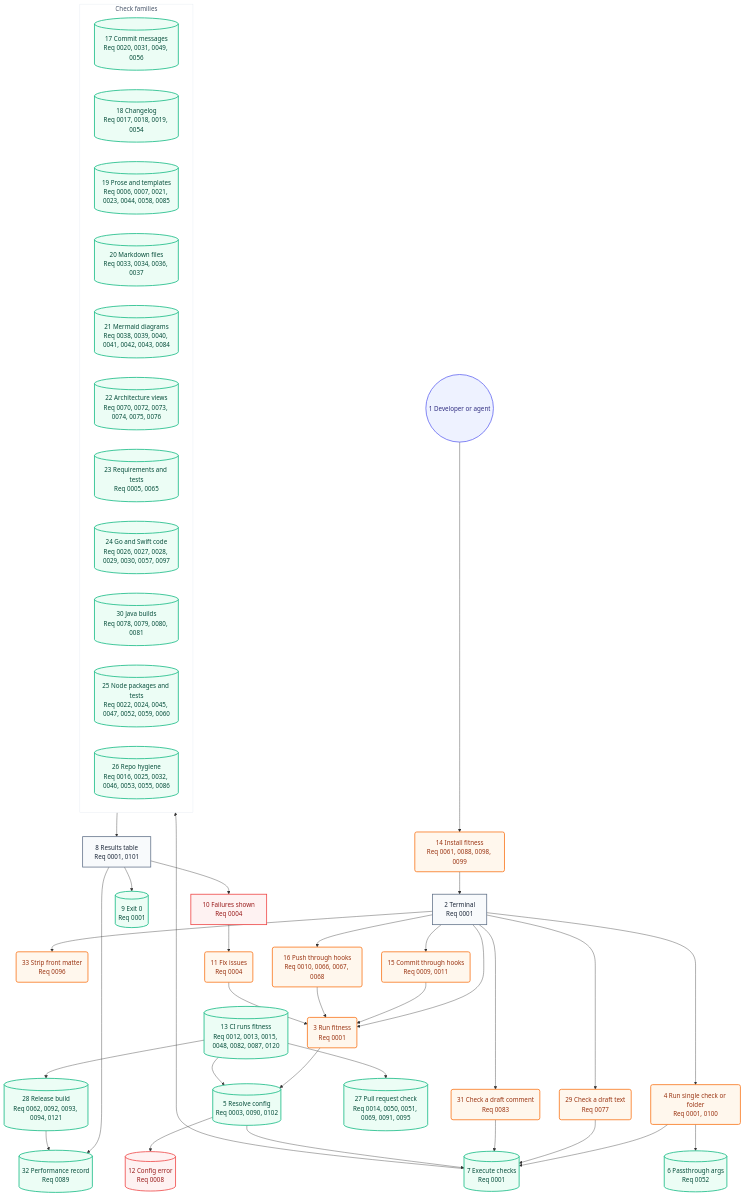
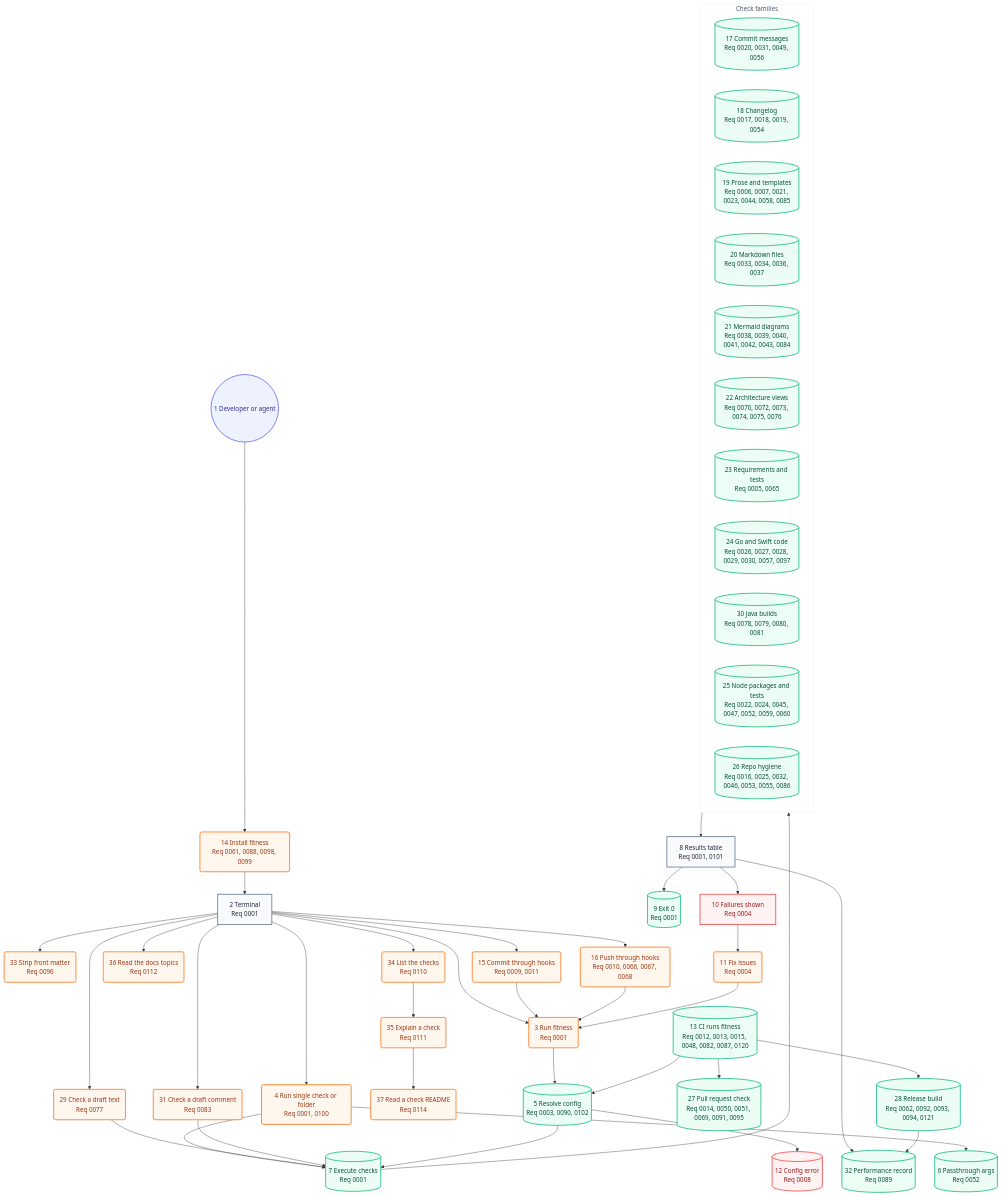
The second of 2 diagrams in docs/architecture/05-user-journey.md (may-journal/fitness-runner), drawn with Mermaid before and after one commit. The commit also changed other lines of this file and 287 other files, not shown here.

First line of the commit message:
feat(list): name every check with its summary, scope, and budget (#574)

```diff
--- a/docs/architecture/05-user-journey.md
+++ b/docs/architecture/05-user-journey.md
@@ -47,6 +47,10 @@
     runBlob(29 Check a draft text<br/>Req 0077):::action
     runComment(31 Check a draft comment<br/>Req 0083):::action
     stripFront(33 Strip front matter<br/>Req 0096):::action
+    listChecks(34 List the checks<br/>Req 0110):::action
+    explainCheck(35 Explain a check<br/>Req 0111):::action
+    readDocs(36 Read the docs topics<br/>Req 0112):::action
+    readReadme(37 Read a check README<br/>Req 0114):::action
     commitHook(15 Commit through hooks<br/>Req 0009, 0011):::action
     pushHook(16 Push through hooks<br/>Req 0010, 0066, 0067, 0068):::action
     resolveConfig[(5 Resolve config<br/>Req 0003, 0090, 0102)]:::system
@@ -86,6 +90,10 @@
     terminal --> runBlob
     terminal --> runComment
     terminal --> stripFront
+    terminal --> listChecks
+    listChecks --> explainCheck
+    terminal --> readDocs
+    explainCheck --> readReadme
     commitHook --> runFull
     pushHook --> runFull
     runFull --> resolveConfig
```
